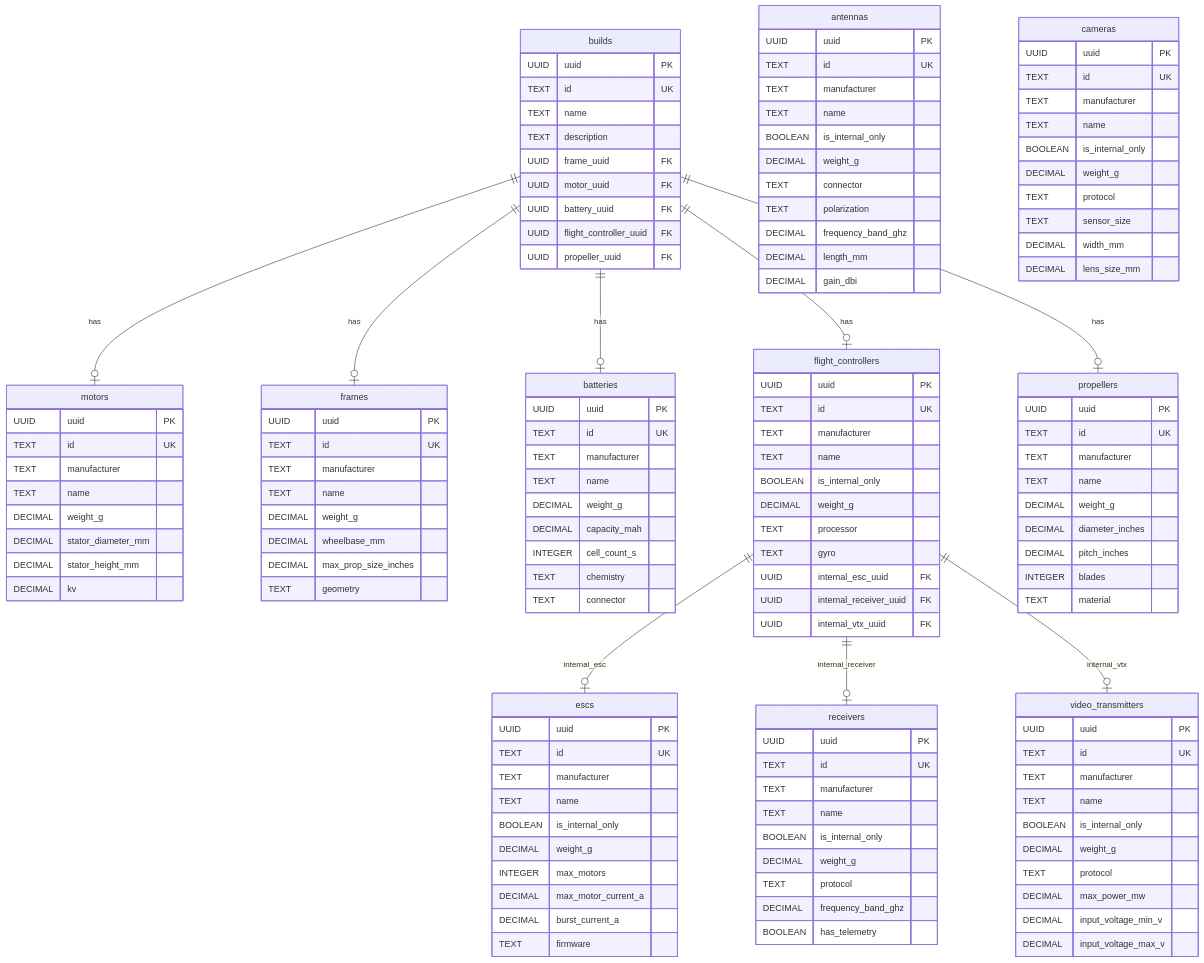
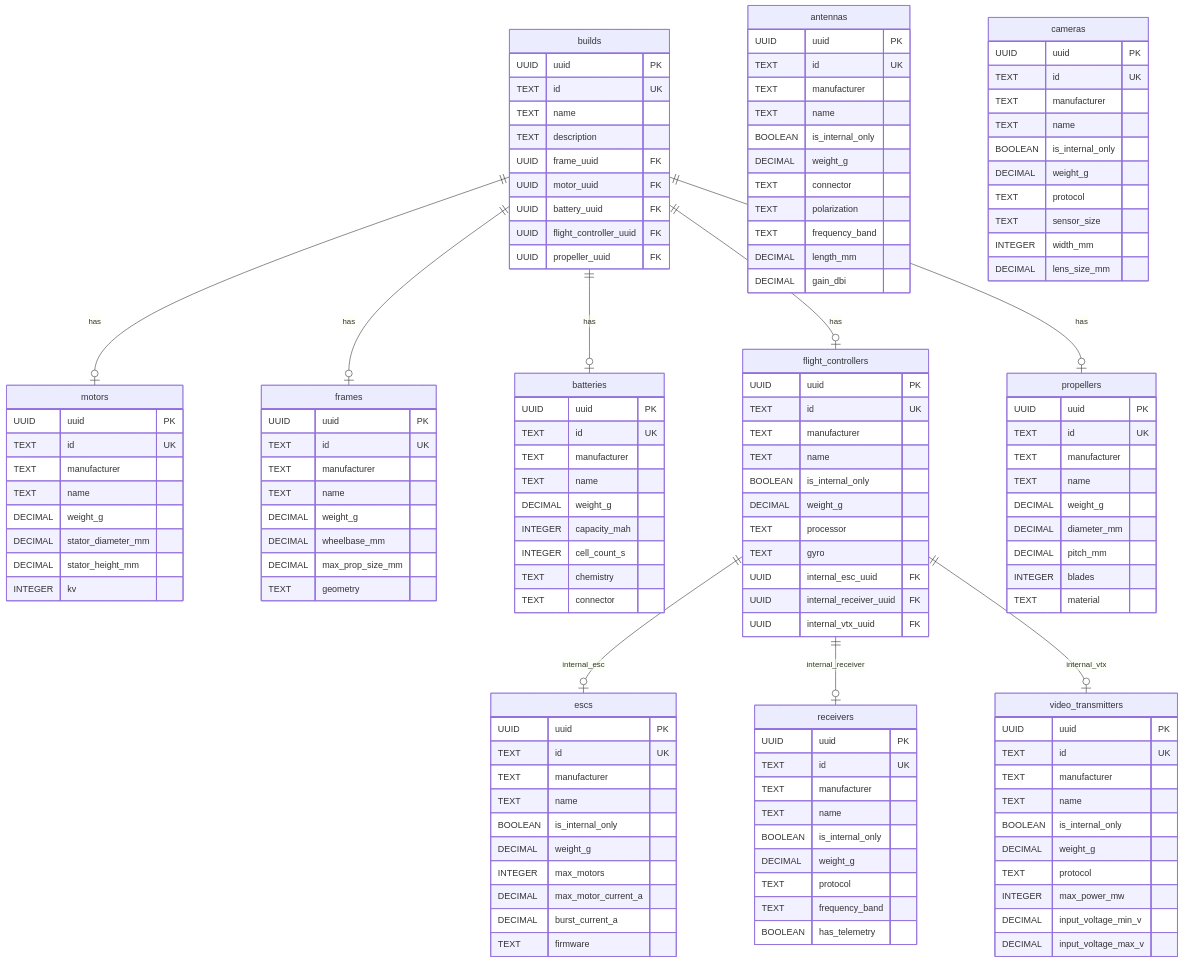
One commit to rohitramu/quadsmith changed the diagram in backend/db/diagram.mermaid. Above: the diagram before and after it, drawn with Mermaid. The commit also changed 27 other files, not shown here.

```diff
--- a/backend/db/diagram.mermaid
+++ b/backend/db/diagram.mermaid
@@ -1,147 +1,147 @@
 erDiagram
     builds {
         UUID uuid PK
         TEXT id UK
         TEXT name
         TEXT description
         UUID frame_uuid FK
         UUID motor_uuid FK
         UUID battery_uuid FK
         UUID flight_controller_uuid FK
         UUID propeller_uuid FK
     }
 
     motors {
         UUID uuid PK
         TEXT id UK
         TEXT manufacturer
         TEXT name
         DECIMAL weight_g
         DECIMAL stator_diameter_mm
         DECIMAL stator_height_mm
-        DECIMAL kv
+        INTEGER kv
     }
 
     frames {
         UUID uuid PK
         TEXT id UK
         TEXT manufacturer
         TEXT name
         DECIMAL weight_g
         DECIMAL wheelbase_mm
-        DECIMAL max_prop_size_inches
+        DECIMAL max_prop_size_mm
         TEXT geometry
     }
 
     batteries {
         UUID uuid PK
         TEXT id UK
         TEXT manufacturer
         TEXT name
         DECIMAL weight_g
-        DECIMAL capacity_mah
+        INTEGER capacity_mah
         INTEGER cell_count_s
         TEXT chemistry
         TEXT connector
     }
 
     flight_controllers {
         UUID uuid PK
         TEXT id UK
         TEXT manufacturer
         TEXT name
         BOOLEAN is_internal_only
         DECIMAL weight_g
         TEXT processor
         TEXT gyro
         UUID internal_esc_uuid FK
         UUID internal_receiver_uuid FK
         UUID internal_vtx_uuid FK
     }
 
     escs {
         UUID uuid PK
         TEXT id UK
         TEXT manufacturer
         TEXT name
         BOOLEAN is_internal_only
         DECIMAL weight_g
         INTEGER max_motors
         DECIMAL max_motor_current_a
         DECIMAL burst_current_a
         TEXT firmware
     }
 
     receivers {
         UUID uuid PK
         TEXT id UK
         TEXT manufacturer
         TEXT name
         BOOLEAN is_internal_only
         DECIMAL weight_g
         TEXT protocol
-        DECIMAL frequency_band_ghz
+        TEXT frequency_band
         BOOLEAN has_telemetry
     }
 
     video_transmitters {
         UUID uuid PK
         TEXT id UK
         TEXT manufacturer
         TEXT name
         BOOLEAN is_internal_only
         DECIMAL weight_g
         TEXT protocol
-        DECIMAL max_power_mw
+        INTEGER max_power_mw
         DECIMAL input_voltage_min_v
         DECIMAL input_voltage_max_v
     }
 
     antennas {
         UUID uuid PK
         TEXT id UK
         TEXT manufacturer
         TEXT name
         BOOLEAN is_internal_only
         DECIMAL weight_g
         TEXT connector
         TEXT polarization
-        DECIMAL frequency_band_ghz
+        TEXT frequency_band
         DECIMAL length_mm
         DECIMAL gain_dbi
     }
 
     propellers {
         UUID uuid PK
         TEXT id UK
         TEXT manufacturer
         TEXT name
         DECIMAL weight_g
-        DECIMAL diameter_inches
-        DECIMAL pitch_inches
+        DECIMAL diameter_mm
+        DECIMAL pitch_mm
         INTEGER blades
         TEXT material
     }
 
     cameras {
         UUID uuid PK
         TEXT id UK
         TEXT manufacturer
         TEXT name
         BOOLEAN is_internal_only
         DECIMAL weight_g
         TEXT protocol
         TEXT sensor_size
-        DECIMAL width_mm
+        INTEGER width_mm
         DECIMAL lens_size_mm
     }
 
     builds ||--o| frames : has
     builds ||--o| motors : has
     builds ||--o| batteries : has
     builds ||--o| flight_controllers : has
     builds ||--o| propellers : has
 
     flight_controllers ||--o| escs : internal_esc
     flight_controllers ||--o| receivers : internal_receiver
     flight_controllers ||--o| video_transmitters : internal_vtx
```
